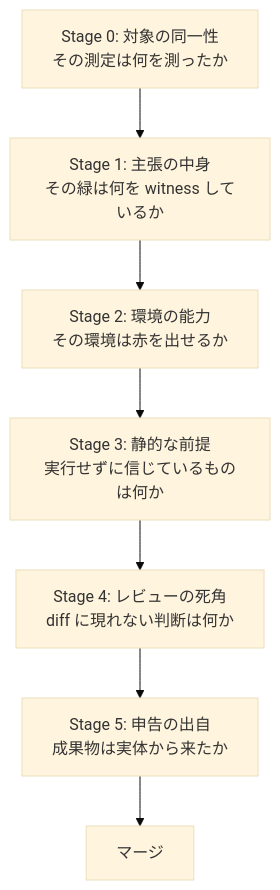
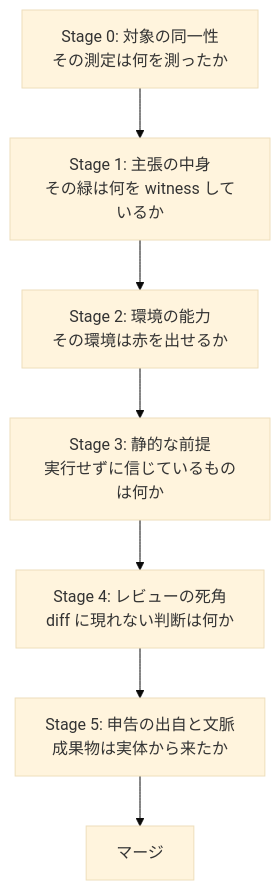
One commit to tya5/reyn-knowledge changed the diagram in docs/verification/index.ja.md. Above: the diagram before and after it, drawn with Mermaid (base theme). The commit also changed other lines of this file and 10 other files, not shown here.

````diff
--- a/docs/verification/index.ja.md
+++ b/docs/verification/index.ja.md
@@ -19,9 +19,9 @@
 ```mermaid
 flowchart TD
     S0["Stage 0: 対象の同一性<br/>その測定は何を測ったか"] --> S1
     S1["Stage 1: 主張の中身<br/>その緑は何を witness しているか"] --> S2
     S2["Stage 2: 環境の能力<br/>その環境は赤を出せるか"] --> S3
     S3["Stage 3: 静的な前提<br/>実行せずに信じているものは何か"] --> S4
     S4["Stage 4: レビューの死角<br/>diff に現れない判断は何か"] --> S5
-    S5["Stage 5: 申告の出自<br/>成果物は実体から来たか"] --> M["マージ"]
+    S5["Stage 5: 申告の出自と文脈<br/>成果物は実体から来たか"] --> M["マージ"]
 ```
````
